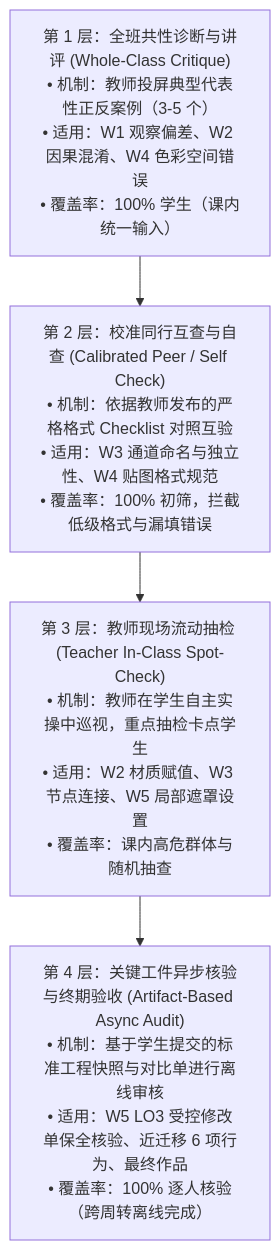
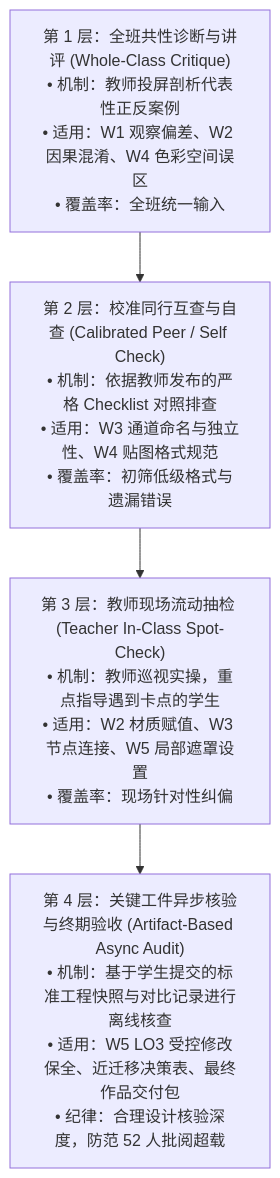
Before and after one commit to carllx/corso-pbr-materials: the second of 3 diagrams in docs/research/course-offering-impact-analysis-2026-2027-1.md, drawn with Mermaid. The commit also changed other lines of this file and 1 other file, not shown here.

````diff
--- a/docs/research/course-offering-impact-analysis-2026-2027-1.md
+++ b/docs/research/course-offering-impact-analysis-2026-2027-1.md
@@ -182,8 +182,8 @@
 ```mermaid
 flowchart TD
-  Level1["第 1 层：全班共性诊断与讲评 (Whole-Class Critique)<br>• 机制：教师投屏典型代表性正反案例（3-5 个）<br>• 适用：W1 观察偏差、W2 因果混淆、W4 色彩空间错误<br>• 覆盖率：100% 学生（课内统一输入）"]
-  Level2["第 2 层：校准同行互查与自查 (Calibrated Peer / Self Check)<br>• 机制：依据教师发布的严格格式 Checklist 对照互验<br>• 适用：W3 通道命名与独立性、W4 贴图格式规范<br>• 覆盖率：100% 初筛，拦截低级格式与漏填错误"]
-  Level3["第 3 层：教师现场流动抽检 (Teacher In-Class Spot-Check)<br>• 机制：教师在学生自主实操中巡视，重点抽检卡点学生<br>• 适用：W2 材质赋值、W3 节点连接、W5 局部遮罩设置<br>• 覆盖率：课内高危群体与随机抽查"]
-  Level4["第 4 层：关键工件异步核验与终期验收 (Artifact-Based Async Audit)<br>• 机制：基于学生提交的标准工程快照与对比单进行离线审核<br>• 适用：W5 LO3 受控修改单保全核验、近迁移 6 项行为、最终作品<br>• 覆盖率：100% 逐人核验（跨周转离线完成）"]
+  Level1["第 1 层：全班共性诊断与讲评 (Whole-Class Critique)<br>• 机制：教师投屏剖析代表性正反案例<br>• 适用：W1 观察偏差、W2 因果混淆、W4 色彩空间误区<br>• 覆盖率：全班统一输入"]
+  Level2["第 2 层：校准同行互查与自查 (Calibrated Peer / Self Check)<br>• 机制：依据教师发布的严格 Checklist 对照排查<br>• 适用：W3 通道命名与独立性、W4 贴图格式规范<br>• 覆盖率：初筛低级格式与遗漏错误"]
+  Level3["第 3 层：教师现场流动抽检 (Teacher In-Class Spot-Check)<br>• 机制：教师巡视实操，重点指导遇到卡点的学生<br>• 适用：W2 材质赋值、W3 节点连接、W5 局部遮罩设置<br>• 覆盖率：现场针对性纠偏"]
+  Level4["第 4 层：关键工件异步核验与终期验收 (Artifact-Based Async Audit)<br>• 机制：基于学生提交的标准工程快照与对比记录进行离线核查<br>• 适用：W5 LO3 受控修改保全、近迁移决策表、最终作品交付包<br>• 纪律：合理设计核验深度，防范 52 人批阅超载"]
   Level1 --> Level2 --> Level3 --> Level4
 ```
````
